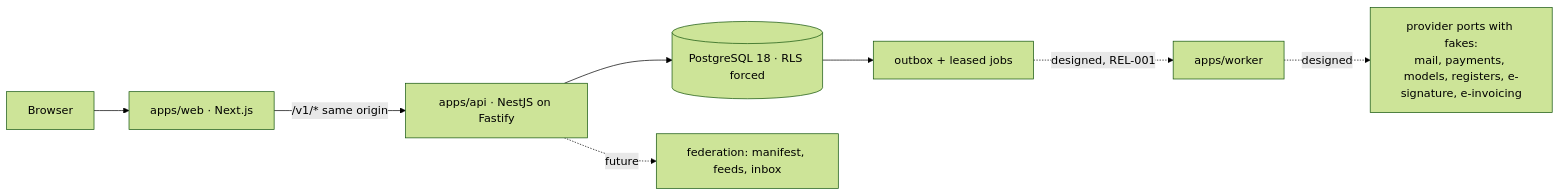
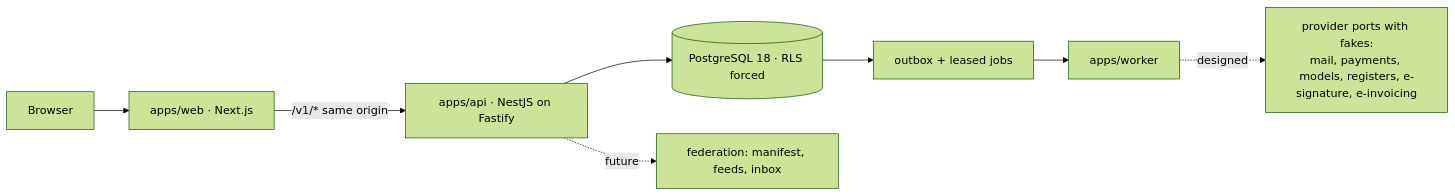
The diagram in docs/engine/architecture.md (Contribuda/trustwork), drawn with Mermaid (forest theme) before and after one commit. The commit also changed other lines of this file and 43 other files, not shown here.

First line of the commit message:
Run the outbox relay, durable job runner and scheduler in apps/worker (REL-001)

````diff
--- a/docs/engine/architecture.md
+++ b/docs/engine/architecture.md
@@ -9,10 +9,10 @@
 ```mermaid
 flowchart LR
   Browser --> Web[apps/web · Next.js]
   Web -->|/v1/* same origin| API[apps/api · NestJS on Fastify]
   API --> DB[(PostgreSQL 18 · RLS forced)]
   DB --> Outbox[outbox + leased jobs]
-  Outbox -. designed, REL-001 .-> Worker[apps/worker]
+  Outbox --> Worker[apps/worker]
   Worker -. designed .-> Ports[provider ports with fakes:<br/>mail, payments, models, registers, e-signature, e-invoicing]
   API -. future .-> Mesh[federation: manifest, feeds, inbox]
 ```
````
